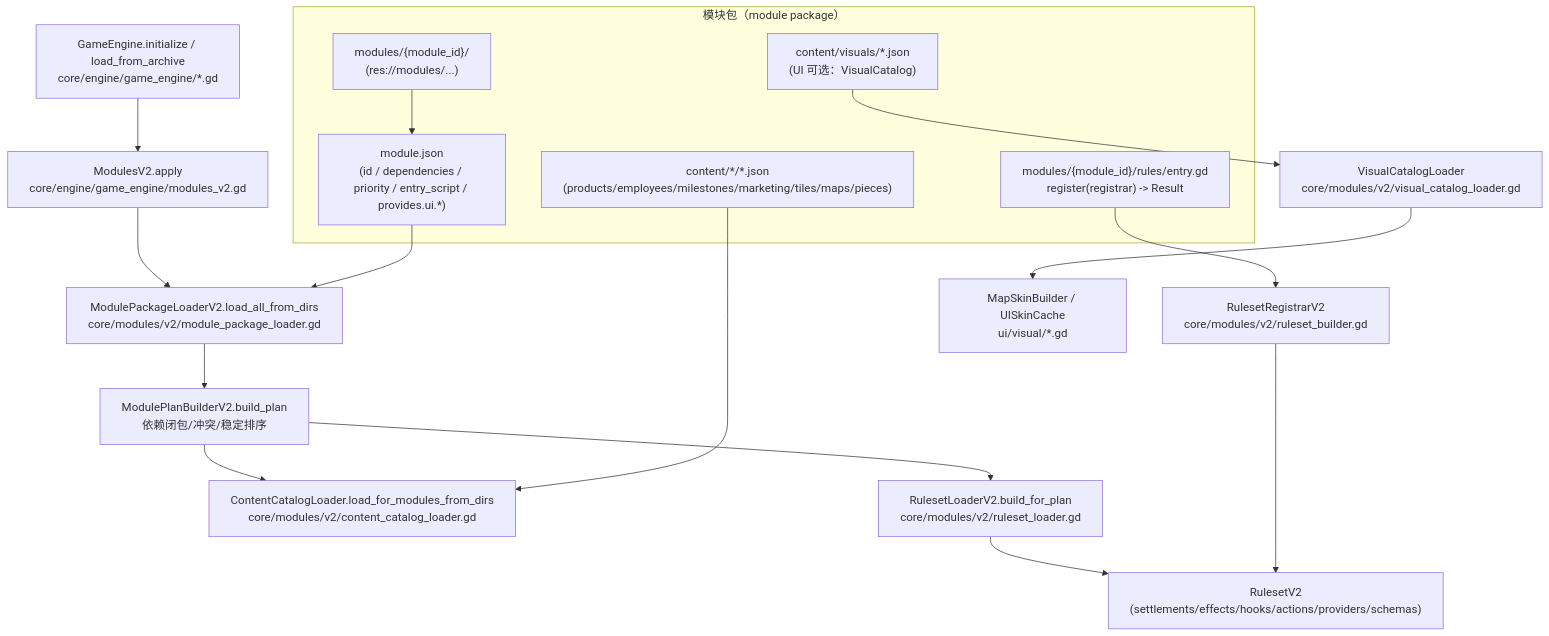
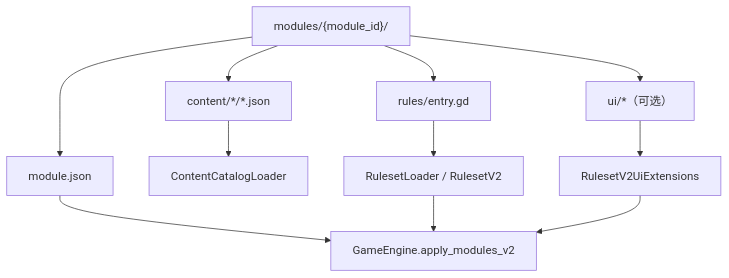
Before and after one commit to ygowill/food_chain_magnate: the first of 2 diagrams in docs/architecture/62-module-development-guide.md, drawn with Mermaid. The commit also changed other lines of this file and 82 other files, not shown here.

Commit message:
docs: reorganize documentation structure and refresh architecture docs

````diff
--- a/docs/architecture/62-module-development-guide.md
+++ b/docs/architecture/62-module-development-guide.md
@@ -14,34 +14,22 @@
 ```mermaid
 flowchart TB
-  subgraph PKG["模块包（module package）"]
-    Dir["modules/{module_id}/<br/>(res://modules/...)"]
-    Manifest["module.json<br/>(id / dependencies / priority / entry_script / provides.ui.*)"]
-    Content["content/*/*.json<br/>(products/employees/milestones/marketing/tiles/maps/pieces)"]
-    Visuals["content/visuals/*.json<br/>(UI 可选：VisualCatalog)"]
-    Rules["modules/{module_id}/rules/entry.gd<br/>register(registrar) -> Result"]
-  end
+  Dir["modules/{module_id}/"]
+  Manifest["module.json"]
+  Content["content/*/*.json"]
+  Rules["rules/entry.gd"]
+  Ui["ui/*（可选）"]
 
-  EngineInit["GameEngine.initialize / load_from_archive<br/>core/engine/game_engine/*.gd"]
-  Apply["ModulesV2.apply<br/>core/engine/game_engine/modules_v2.gd"]
-  LoadManifests["ModulePackageLoaderV2.load_all_from_dirs<br/>core/modules/v2/module_package_loader.gd"]
-  Plan["ModulePlanBuilderV2.build_plan<br/>依赖闭包/冲突/稳定排序"]
-  LoadCatalog["ContentCatalogLoader.load_for_modules_from_dirs<br/>core/modules/v2/content_catalog_loader.gd"]
-  LoadRuleset["RulesetLoaderV2.build_for_plan<br/>core/modules/v2/ruleset_loader.gd"]
+  Apply["GameEngine.apply_modules_v2"]
+  Catalog["ContentCatalogLoader"]
+  Ruleset["RulesetLoader / RulesetV2"]
+  UiExt["RulesetV2UiExtensions"]
 
-  Registrar["RulesetRegistrarV2<br/>core/modules/v2/ruleset_builder.gd"]
-  RulesetV2["RulesetV2<br/>(settlements/effects/hooks/actions/providers/schemas)"]
-
-  VisualLoader["VisualCatalogLoader<br/>core/modules/v2/visual_catalog_loader.gd"]
-  Skin["MapSkinBuilder / UISkinCache<br/>ui/visual/*.gd"]
-
-  EngineInit --> Apply --> LoadManifests --> Plan
-  Dir --> Manifest --> LoadManifests
-
-  Plan --> LoadCatalog
-  Content --> LoadCatalog
-
-  Plan --> LoadRuleset --> RulesetV2
-  Rules --> Registrar --> RulesetV2
-
-  Visuals --> VisualLoader --> Skin
+  Dir --> Manifest
+  Dir --> Content
+  Dir --> Rules
+  Dir --> Ui
+  Manifest --> Apply
+  Content --> Catalog
+  Rules --> Ruleset --> Apply
+  Ui --> UiExt --> Apply
 ```
````
